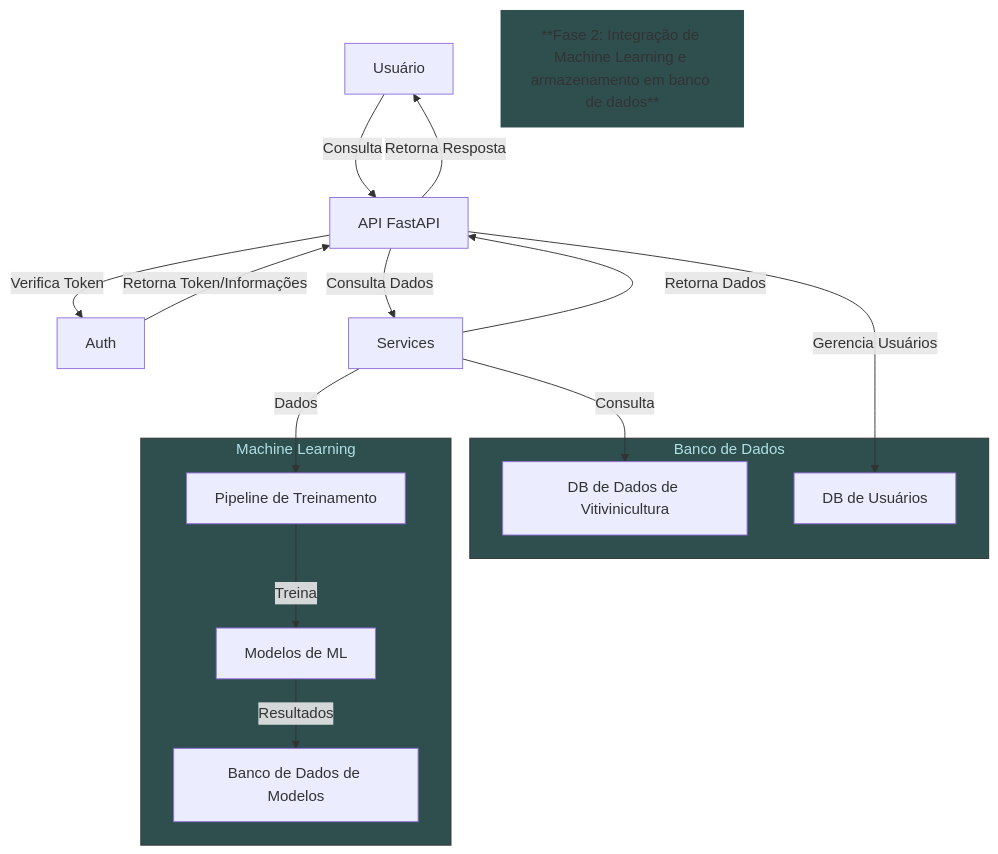
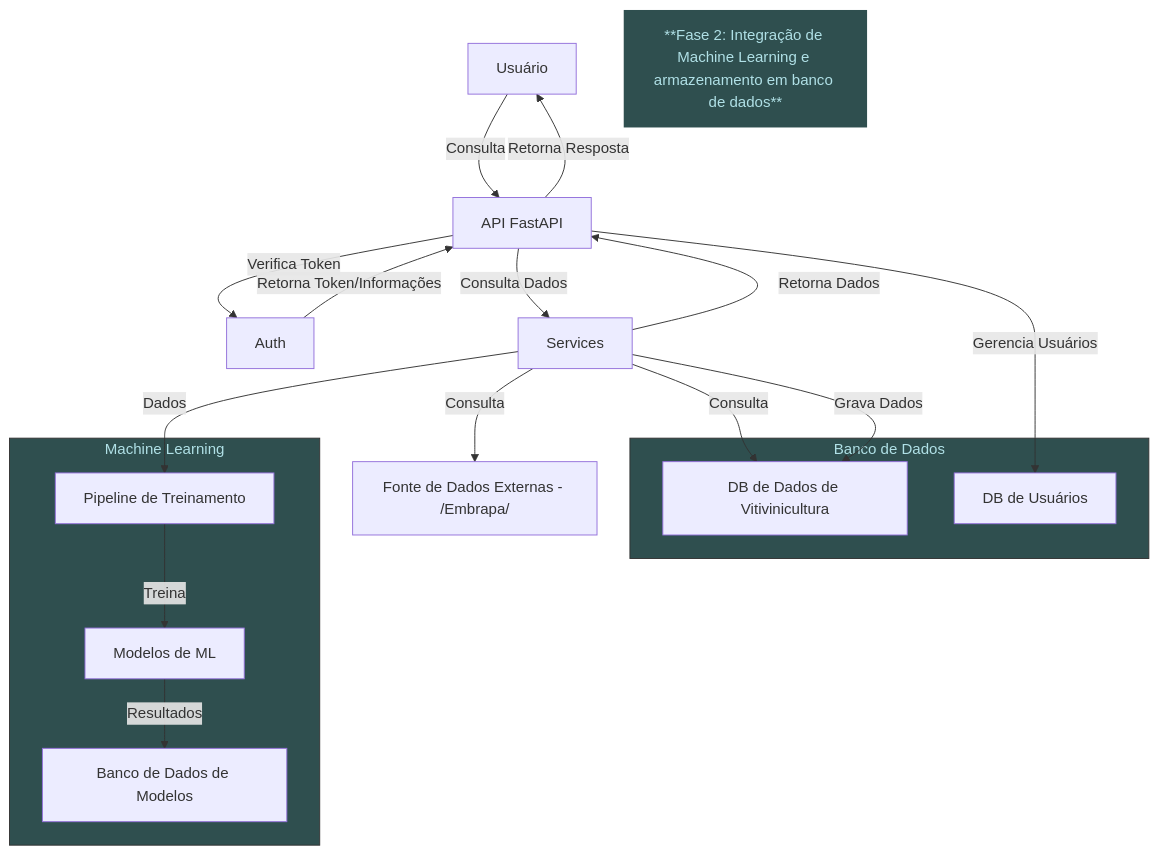
One commit to diegoalber1/ml-tech-fiap-vitivinicultura-api changed the first of 8 diagrams in README.md. Above: the diagram before and after it, drawn with Mermaid.

Commit message:
arquitetura v0

````diff
--- a/README.md
+++ b/README.md
@@ -237,35 +237,39 @@
 ```mermaid
 graph TD
     A[Usuário] -->|Consulta| B[API FastAPI]
     B -->|Verifica Token| C[Auth]
     C -->|Retorna Token/Informações| B
     B -->|Consulta Dados| D[Services]
     D -->|Retorna Dados| B
     B -->|Retorna Resposta| A
 
     subgraph Banco_de_Dados [Banco de Dados]
         style Banco_de_Dados fill:#2F4F4F,stroke:#333,stroke-width:1px,color:#B0E0E6
         H[DB de Dados de Vitivinicultura]
         I[DB de Usuários]
     end
 
     D -->|Consulta| H
     B -->|Gerencia Usuários| I
+    D -->|Grava Dados| H
 
     subgraph ML [Machine Learning]
         style ML fill:#2F4F4F,stroke:#333,stroke-width:1px,color:#B0E0E6
         E[Modelos de ML]
         F[Pipeline de Treinamento]
         G[Banco de Dados de Modelos]
     end
 
     D -->|Dados| F
     F -->|Treina| E
     E -->|Resultados| G
 
+    %% Adicionando as Fontes de Dados Externas
+    X[Fonte de Dados Externas - /Embrapa/]
+    D -->|Consulta| X
+
     %% Adicionando um texto simples para indicar a fase 2
-    style phase2 fill:#2F4F4F,stroke:#ffffff, olor:#B0E0E6
     phase2[**Fase 2: Integração de Machine Learning e armazenamento em banco de dados**] 
-
+    style phase2 fill:#2F4F4F,stroke:#ffffff,color:#B0E0E6
 
 ```
````
